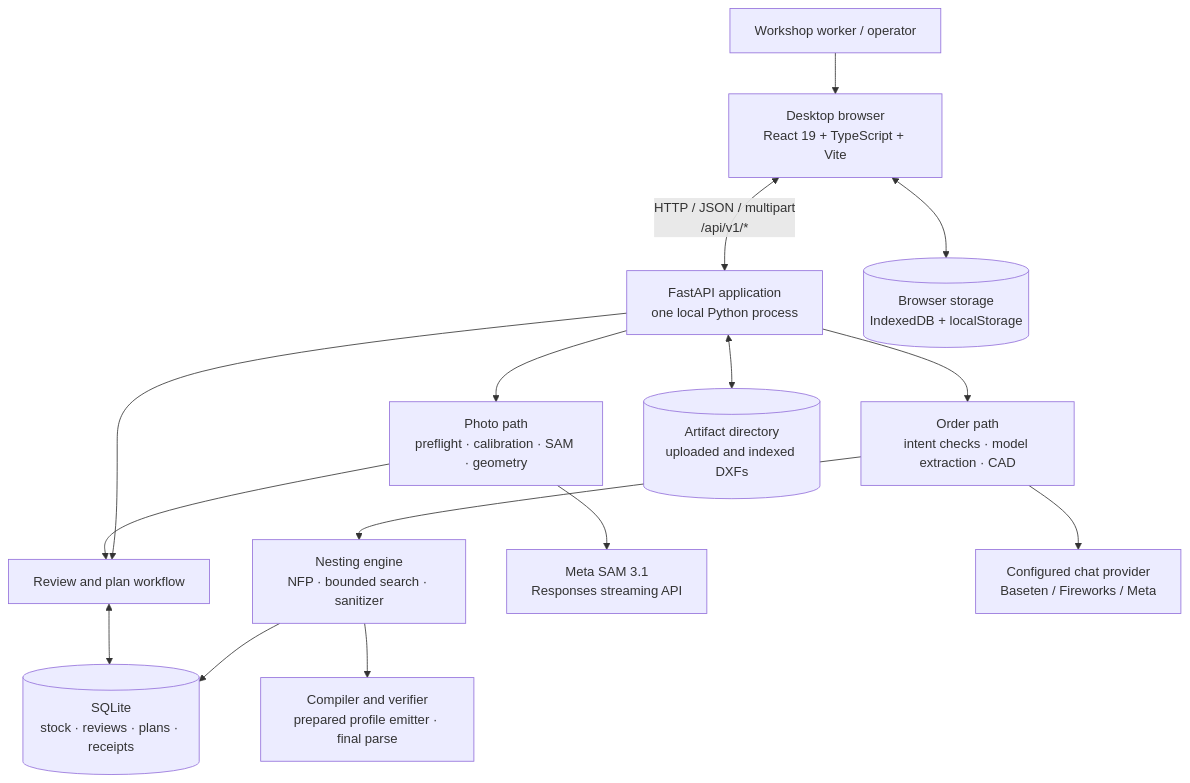
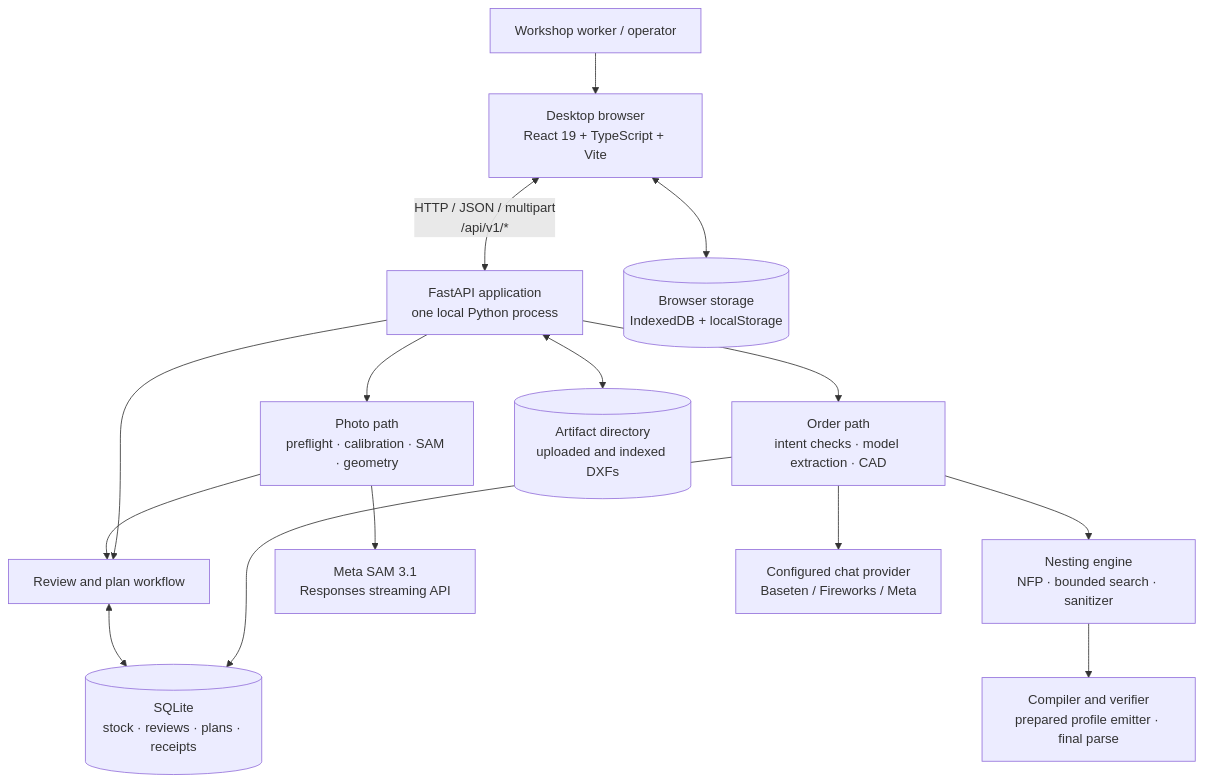
Before and after one commit to nikunjtrehan/remnant-x: the first of 9 diagrams in ARCHITECTURE.md, drawn with Mermaid.

Commit message:
docs: correct inventory query topology

````diff
--- a/ARCHITECTURE.md
+++ b/ARCHITECTURE.md
@@ -23,30 +23,30 @@
 ```mermaid
 flowchart TB
     Worker["Workshop worker / operator"]
     Browser["Desktop browser<br/>React 19 + TypeScript + Vite"]
     API["FastAPI application<br/>one local Python process"]
     Photo["Photo path<br/>preflight · calibration · SAM · geometry"]
     Order["Order path<br/>intent checks · model extraction · CAD"]
     Nest["Nesting engine<br/>NFP · bounded search · sanitizer"]
     Gcode["Compiler and verifier<br/>prepared profile emitter · final parse"]
     Review["Review and plan workflow"]
     DB[("SQLite<br/>stock · reviews · plans · receipts")]
     Files[("Artifact directory<br/>uploaded and indexed DXFs")]
     BrowserStore[("Browser storage<br/>IndexedDB + localStorage")]
     SAM["Meta SAM 3.1<br/>Responses streaming API"]
     Models["Configured chat provider<br/>Baseten / Fireworks / Meta"]
     Worker --> Browser
     Browser <--> |"HTTP / JSON / multipart<br/>/api/v1/*"| API
     Browser <--> BrowserStore
     API --> Photo
     API --> Order
     Order --> Nest
     Nest --> Gcode
     Photo --> SAM
     Order --> Models
     Photo --> Review
     API --> Review
     Review <--> DB
-    Nest --> DB
+    Order --> DB
     API <--> Files
 ```
````
